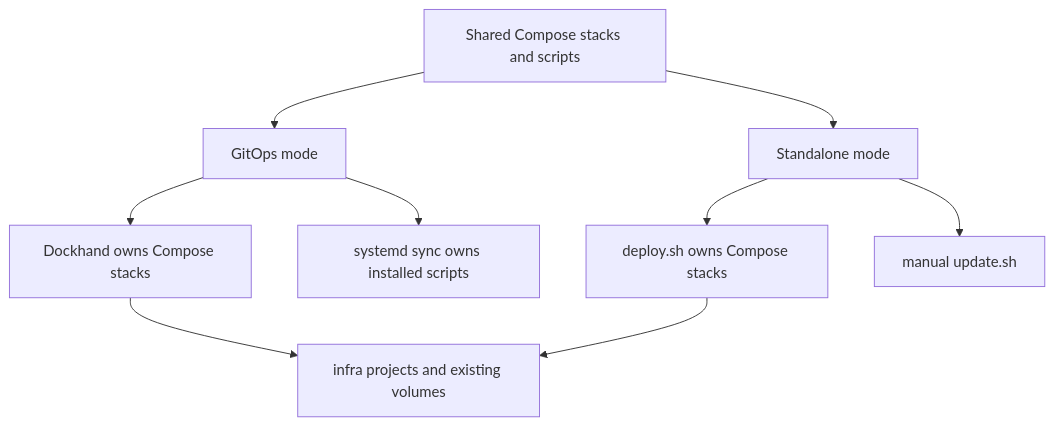
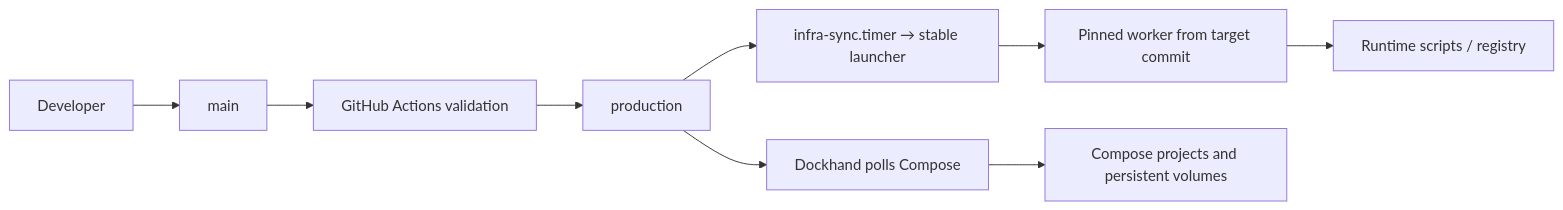
The third of 6 diagrams in docs/ARCHITECTURE.md (nguyennan12/nguyenan-infrastructure), drawn with Mermaid before and after one commit. The commit also changed other lines of this file and 13 other files, not shown here.

````diff
--- a/docs/ARCHITECTURE.md
+++ b/docs/ARCHITECTURE.md
@@ -73,12 +43,11 @@
 ```mermaid
-flowchart TD
-  C[Shared Compose stacks and scripts]
-  C --> G[GitOps mode]
-  C --> S[Standalone mode]
-  G --> D[Dockhand owns Compose stacks]
-  G --> Y[systemd sync owns installed scripts]
-  S --> CLI[deploy.sh owns Compose stacks]
-  S --> U[manual update.sh]
-  D --> T[infra projects and existing volumes]
-  CLI --> T
+flowchart LR
+  Dev[Developer] --> Main[main]
+  Main --> CI[GitHub Actions validation]
+  CI --> Production[production]
+  Production --> Dockhand[Dockhand polls Compose]
+  Production --> Launcher[infra-sync.timer → stable launcher]
+  Launcher --> Worker[Pinned worker from target commit]
+  Worker --> Installed[Runtime scripts / registry]
+  Dockhand --> Containers[Compose projects and persistent volumes]
 ```
````
